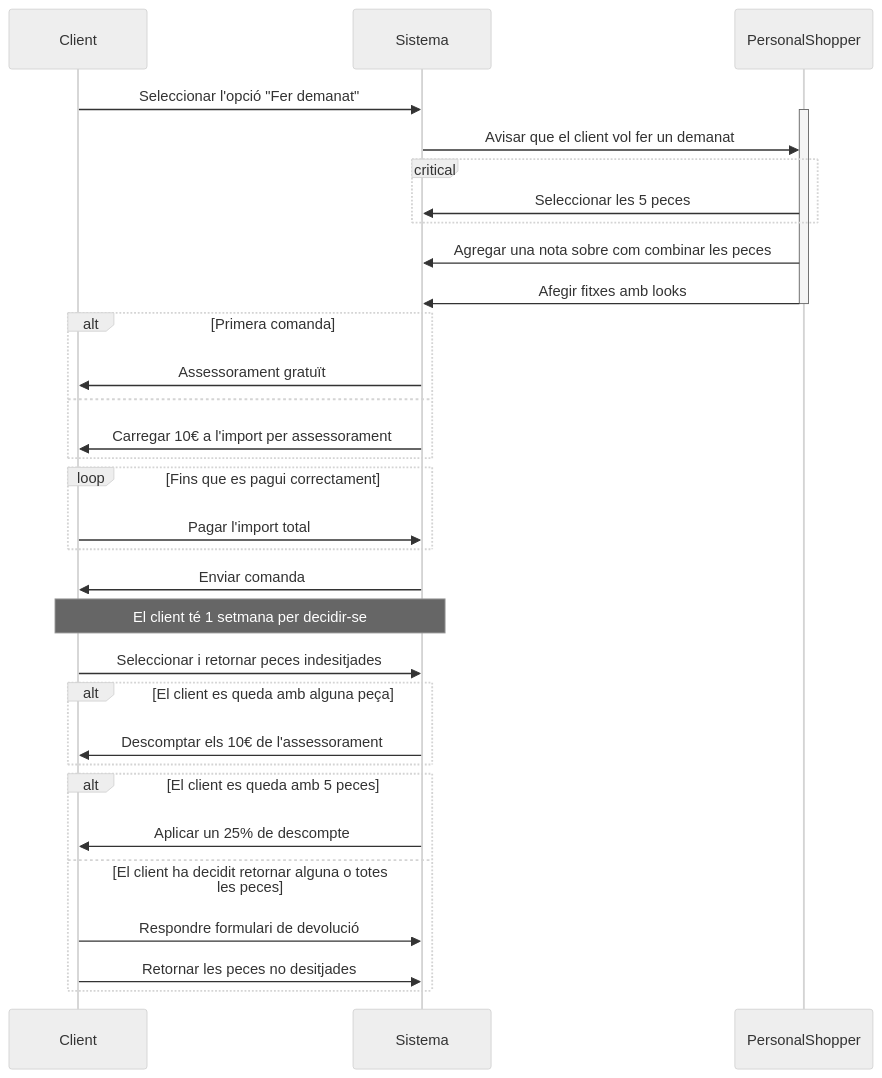
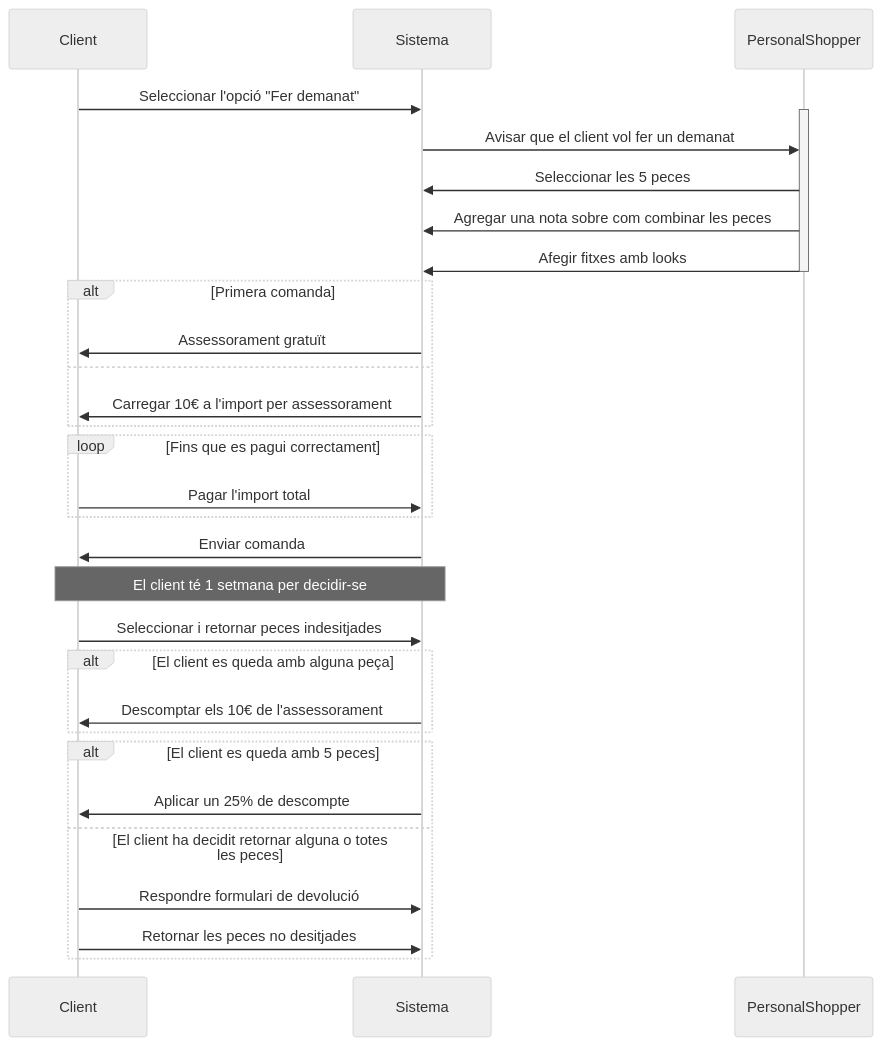
One commit to NIU1638962/EP_Projecte changed the diagram in Exercici 7/Comanda-client.mmd. Above: the diagram before and after it, drawn with Mermaid (neutral theme).

Commit message:
Update Comanda-client.mmd
Critical eliminat

```diff
--- a/Exercici 7/Comanda-client.mmd
+++ b/Exercici 7/Comanda-client.mmd
@@ -1,34 +1,32 @@
 sequenceDiagram
     participant C as Client
     participant S as Sistema
     participant PS as PersonalShopper
     C->>S: Seleccionar l'opció "Fer demanat"
     activate PS
     S->>PS: Avisar que el client vol fer un demanat
-    critical
-        PS->>S: Seleccionar les 5 peces
-    end
+    PS->>S: Seleccionar les 5 peces
     PS->>S: Agregar una nota sobre com combinar les peces
     PS->>S: Afegir fitxes amb looks
     deactivate PS
     
     alt Primera comanda
         S->>C: Assessorament gratuït
     else
         S->>C: Carregar 10€ a l'import per assessorament
     end
     loop Fins que es pagui correctament
         C->>S: Pagar l'import total
     end
     S->>C: Enviar comanda
     note over C, S: El client té 1 setmana per decidir-se
     C->>S: Seleccionar i retornar peces indesitjades
     alt El client es queda amb alguna peça
         S->>C: Descomptar els 10€ de l'assessorament
     end
     alt El client es queda amb 5 peces
         S->>C: Aplicar un 25% de descompte
     else El client ha decidit retornar alguna o totes les peces  
         C->>S: Respondre formulari de devolució
         C->>S: Retornar les peces no desitjades
     end
```
